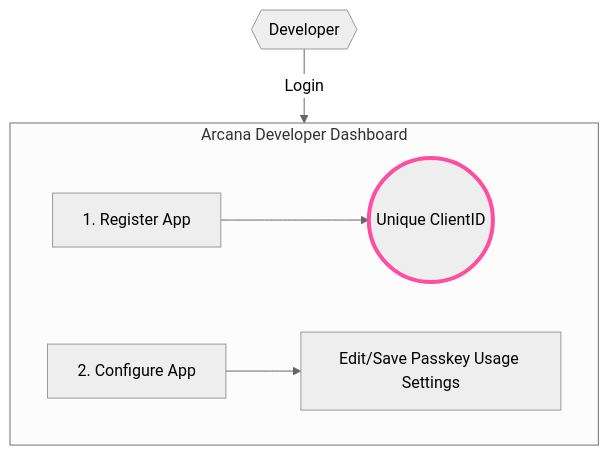
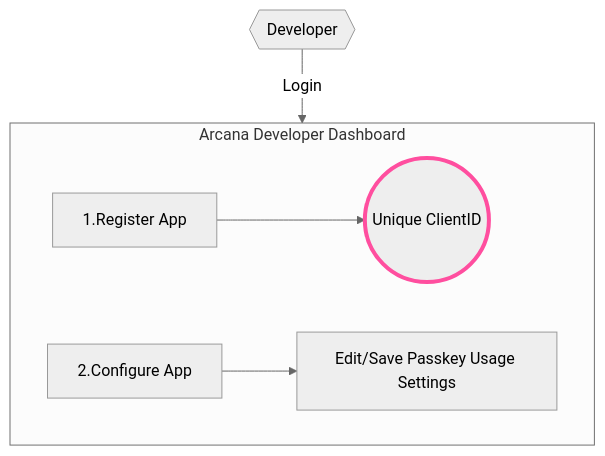
Before and after one commit to shaloo/docs.arcana: the fifth of 7 diagrams in docs/concepts/authtype/auth-passkeys.md, drawn with Mermaid (neutral theme). The commit also changed other lines of this file and 13 other files, not shown here.

First line of the commit message:
Fix: #AR-8745 check and fix mermaid diagram space issue in latest MKdocs tooling

````diff
--- a/docs/concepts/authtype/auth-passkeys.md
+++ b/docs/concepts/authtype/auth-passkeys.md
@@ -103,13 +103,13 @@
     ```mermaid
     graph TD
         DFLA{{Developer}} --Login --> setup
     
         subgraph setup[Arcana Developer Dashboard]
         direction LR  
-            SP1[1. Register App] --> CLID((Unique ClientID))
-            SP2[2. Configure App] --> SP3[Edit/Save Passkey Usage Settings]
+            SP1[1.Register App] --> CLID((Unique ClientID))
+            SP2[2.Configure App] --> SP3[Edit/Save Passkey Usage Settings]
         end
         classDef an-pink stroke:#ff4e9f,stroke-width:0.25rem; 
         class CLID an-pink
 
     ```
````
